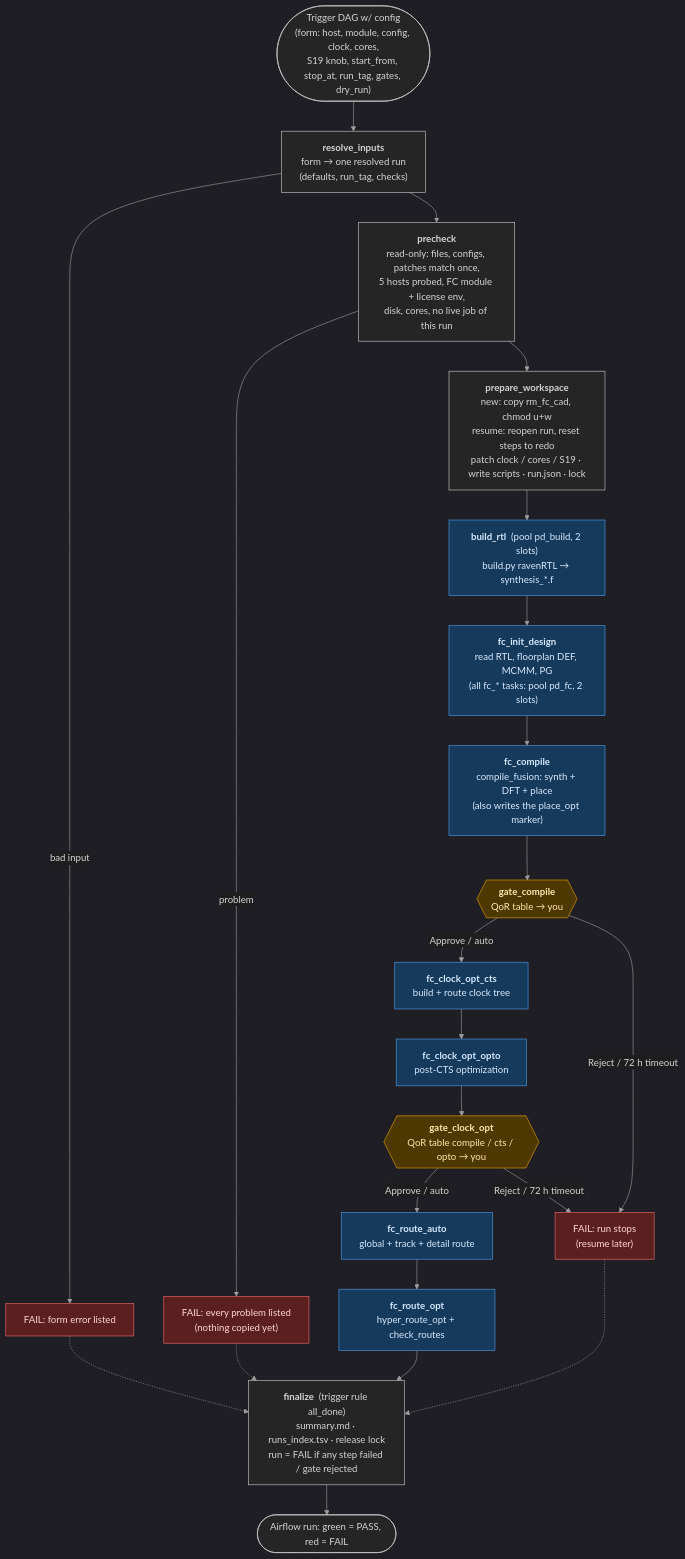
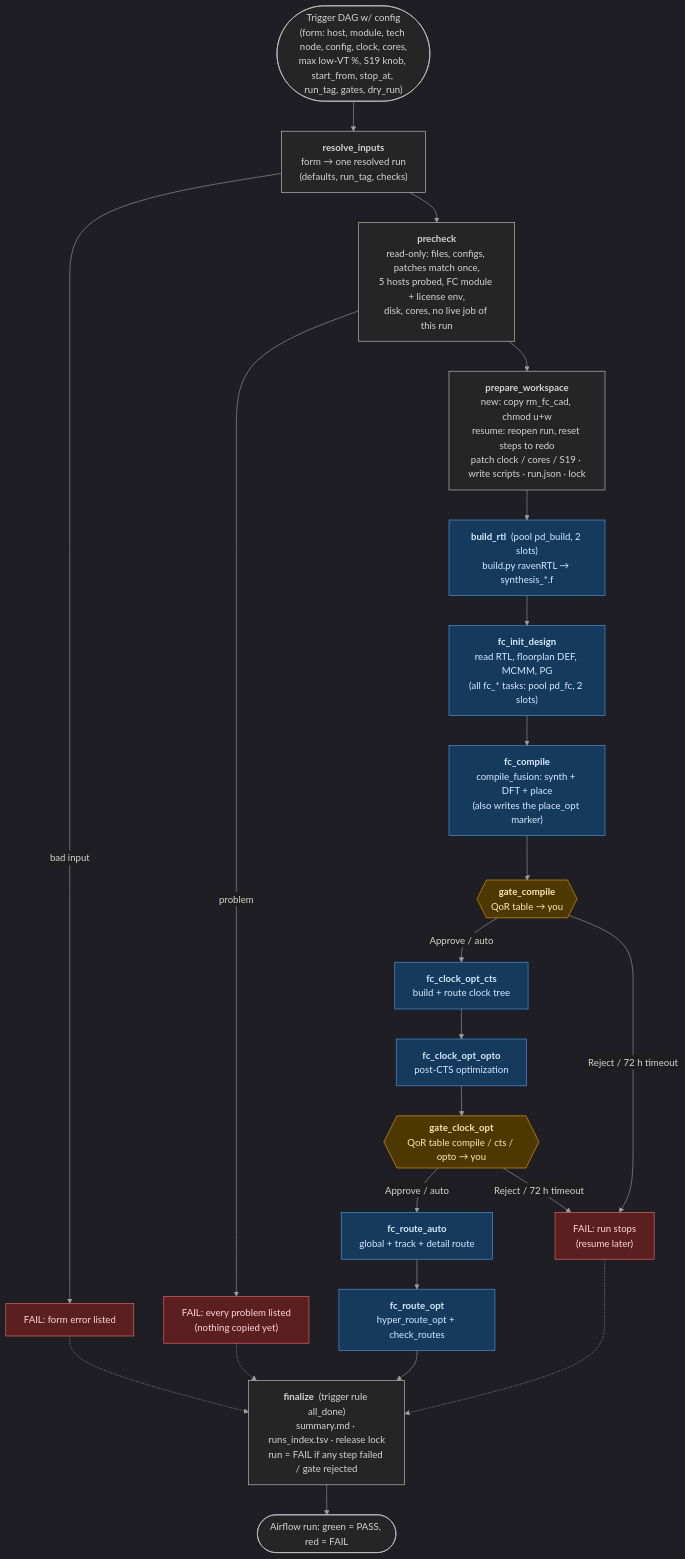
The second of 7 diagrams in FLOW.md (jayadityasingh9/pd_flow_airflow), drawn with Mermaid before and after one commit. The commit also changed other lines of this file and 15 other files, not shown here.

First line of the commit message:
Form: technology node + max low-VT % knobs; module list without S/M/L; cores logged per step

````diff
--- a/FLOW.md
+++ b/FLOW.md
@@ -63,38 +63,38 @@
 ```mermaid
 %%{init: {'theme': 'dark', 'themeVariables': {'background': '#1e1e1e', 'mainBkg': '#252526', 'primaryColor': '#2d2d30', 'primaryTextColor': '#d4d4d4', 'primaryBorderColor': '#6e6e6e', 'secondaryColor': '#2d2d30', 'tertiaryColor': '#1e1e1e', 'lineColor': '#9e9e9e', 'textColor': '#d4d4d4', 'clusterBkg': '#252526', 'clusterBorder': '#555555', 'edgeLabelBackground': '#1e1e1e', 'noteBkgColor': '#3a3d41', 'noteTextColor': '#d4d4d4', 'noteBorderColor': '#6e6e6e', 'actorBkg': '#2d2d30', 'actorBorder': '#6e6e6e', 'actorTextColor': '#d4d4d4', 'signalColor': '#d4d4d4', 'signalTextColor': '#d4d4d4', 'labelBoxBkgColor': '#2d2d30', 'labelTextColor': '#d4d4d4', 'loopTextColor': '#d4d4d4', 'activationBkgColor': '#3a3d41', 'fontFamily': 'Segoe UI, Ubuntu, sans-serif'}}}%%
 flowchart TD
-    T(["Trigger DAG w/ config<br/>(form: host, module, config, clock, cores,<br/>S19 knob, start_from, stop_at, run_tag, gates, dry_run)"])
+    T(["Trigger DAG w/ config<br/>(form: host, module, tech node, config, clock, cores,<br/>max low-VT %, S19 knob, start_from, stop_at, run_tag, gates, dry_run)"])
     T --> R
 
     R["<b>resolve_inputs</b><br/>form → one resolved run<br/>(defaults, run_tag, checks)"]
     R -->|bad input| X1["FAIL: form error listed"]
     R --> PC["<b>precheck</b><br/>read-only: files, configs, patches match once,<br/>5 hosts probed, FC module + license env,<br/>disk, cores, no live job of this run"]
     PC -->|problem| X2["FAIL: every problem listed<br/>(nothing copied yet)"]
     PC --> PW["<b>prepare_workspace</b><br/>new: copy rm_fc_cad, chmod u+w<br/>resume: reopen run, reset steps to redo<br/>patch clock / cores / S19 · write scripts · run.json · lock"]
 
     PW --> B["<b>build_rtl</b>  (pool pd_build, 2 slots)<br/>build.py ravenRTL → synthesis_*.f"]
     B --> I["<b>fc_init_design</b><br/>read RTL, floorplan DEF, MCMM, PG<br/>(all fc_* tasks: pool pd_fc, 2 slots)"]
     I --> C["<b>fc_compile</b><br/>compile_fusion: synth + DFT + place<br/>(also writes the place_opt marker)"]
     C --> G1{{"<b>gate_compile</b><br/>QoR table → you"}}
     G1 -->|Approve / auto| CTS["<b>fc_clock_opt_cts</b><br/>build + route clock tree"]
     G1 -->|Reject / 72 h timeout| XG["FAIL: run stops<br/>(resume later)"]
     CTS --> OP["<b>fc_clock_opt_opto</b><br/>post-CTS optimization"]
     OP --> G2{{"<b>gate_clock_opt</b><br/>QoR table compile / cts / opto → you"}}
     G2 -->|Approve / auto| RA["<b>fc_route_auto</b><br/>global + track + detail route"]
     G2 -->|Reject / 72 h timeout| XG
     RA --> RO["<b>fc_route_opt</b><br/>hyper_route_opt + check_routes"]
     RO --> F
 
     X1 -.-> F
     X2 -.-> F
     XG -.-> F
     F["<b>finalize</b>  (trigger rule all_done)<br/>summary.md · runs_index.tsv · release lock<br/>run = FAIL if any step failed / gate rejected"]
     F --> E(["Airflow run: green = PASS, red = FAIL"])
 
     classDef gate fill:#4d3800,stroke:#f0a500,color:#ffe8b0;
     classDef tool fill:#163a5c,stroke:#4f9ded,color:#d6eaff;
     classDef fail fill:#5c1f1f,stroke:#f26d6d,color:#ffd6d6;
     class G1,G2 gate;
     class B,I,C,CTS,OP,RA,RO tool;
     class X1,X2,XG fail;
 ```
````
